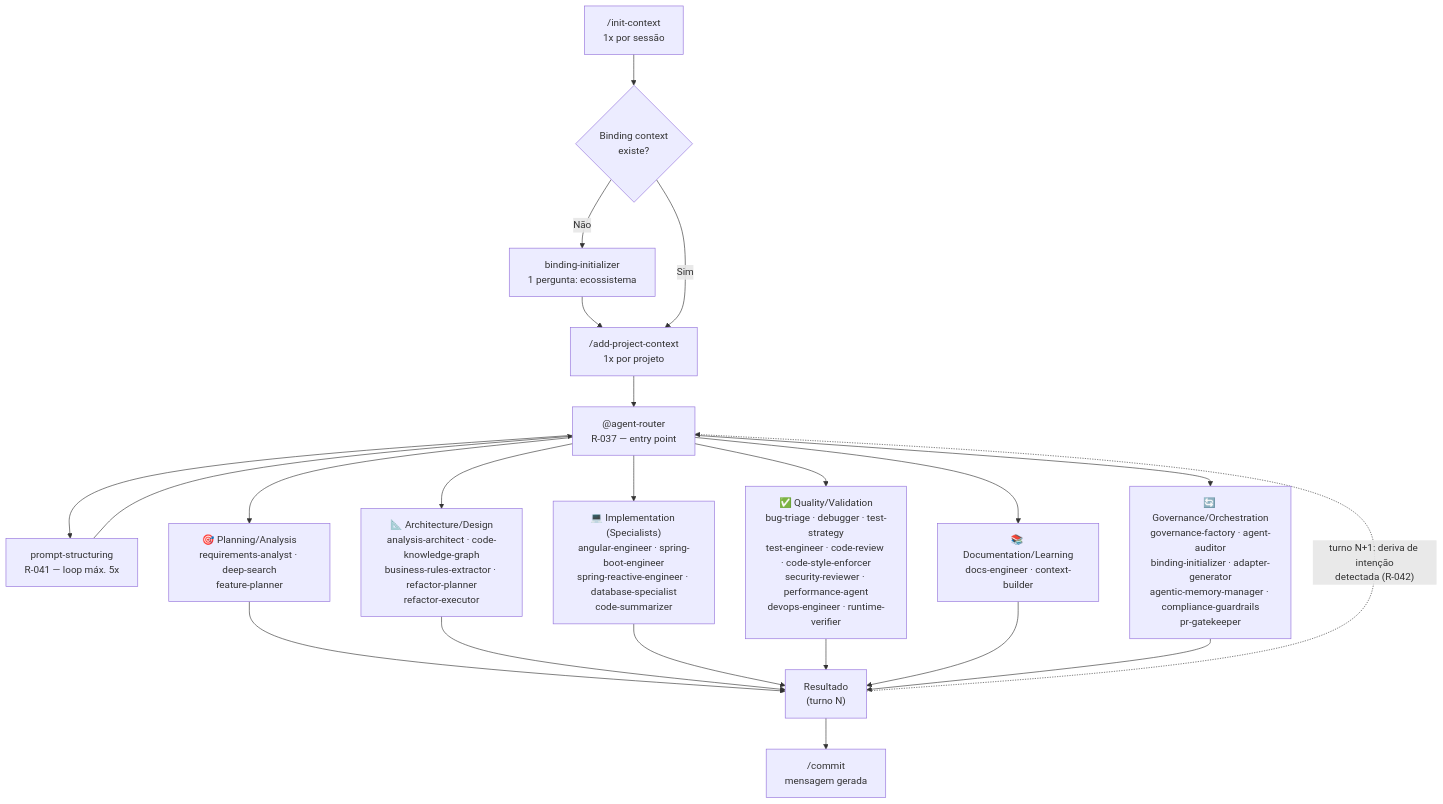
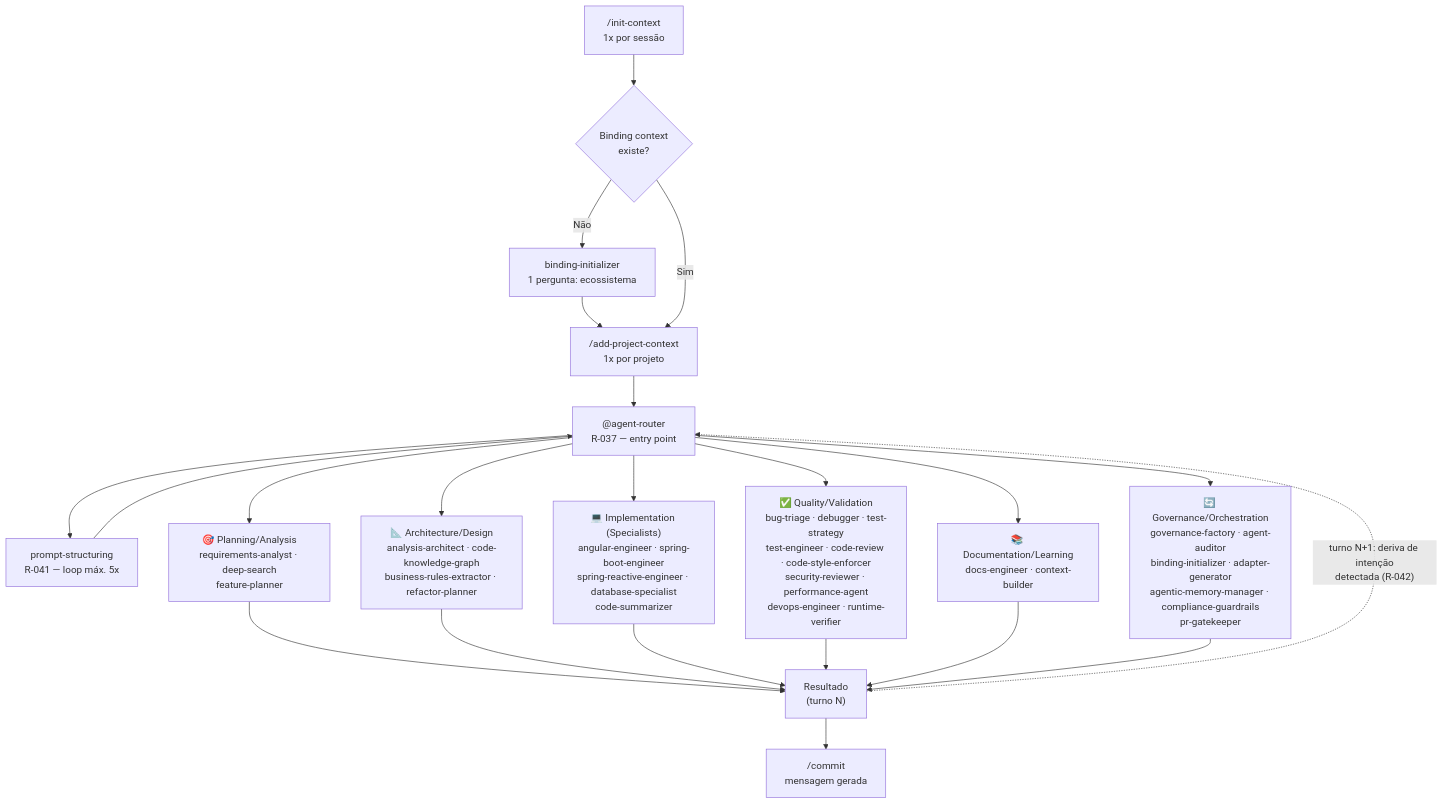
Before and after one commit to jezreel8858/copilot-instructions-governance: the first of 2 diagrams in README.md, drawn with Mermaid. The commit also changed other lines of this file and 20 other files, not shown here.

````diff
--- a/README.md
+++ b/README.md
@@ -104,21 +104,21 @@
 ```mermaid
 flowchart TD
     A["/init-context\n1x por sessão"] --> B{Binding context\nexiste?}
     B -- Não --> C["binding-initializer\n1 pergunta: ecossistema"]
     C --> D["/add-project-context\n1x por projeto"]
     B -- Sim --> D
     D --> E["@agent-router\nR-037 — entry point"]
     E --> P["prompt-structuring\nR-041 — loop máx. 5x"]
     P --> E
 
     E --> G1["🎯 Planning/Analysis\nrequirements-analyst · deep-search\nfeature-planner"]
-    E --> G2["📐 Architecture/Design\nanalysis-architect · code-knowledge-graph\nbusiness-rules-extractor · refactor-planner\nrefactor-executor"]
+    E --> G2["📐 Architecture/Design\nanalysis-architect · code-knowledge-graph\nbusiness-rules-extractor · refactor-planner"]
     E --> G3["💻 Implementation (Specialists)\nangular-engineer · spring-boot-engineer\nspring-reactive-engineer · database-specialist\ncode-summarizer"]
     E --> G4["✅ Quality/Validation\nbug-triage · debugger · test-strategy\ntest-engineer · code-review · code-style-enforcer\nsecurity-reviewer · performance-agent\ndevops-engineer · runtime-verifier"]
     E --> G5["📚 Documentation/Learning\ndocs-engineer · context-builder"]
     E --> G6["🔄 Governance/Orchestration\ngovernance-factory · agent-auditor\nbinding-initializer · adapter-generator\nagentic-memory-manager · compliance-guardrails\npr-gatekeeper"]
 
     G1 & G2 & G3 & G4 & G5 & G6 --> K["Resultado\n(turno N)"]
     K --> L["/commit\nmensagem gerada"]
     K -. "turno N+1: deriva de intenção\ndetectada (R-042)" .-> E
 ```
````
